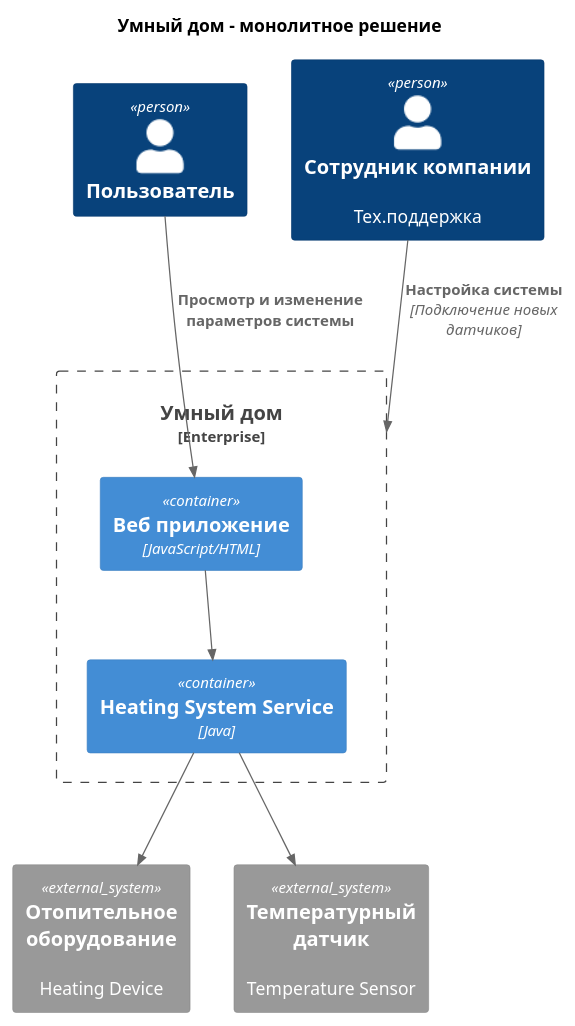
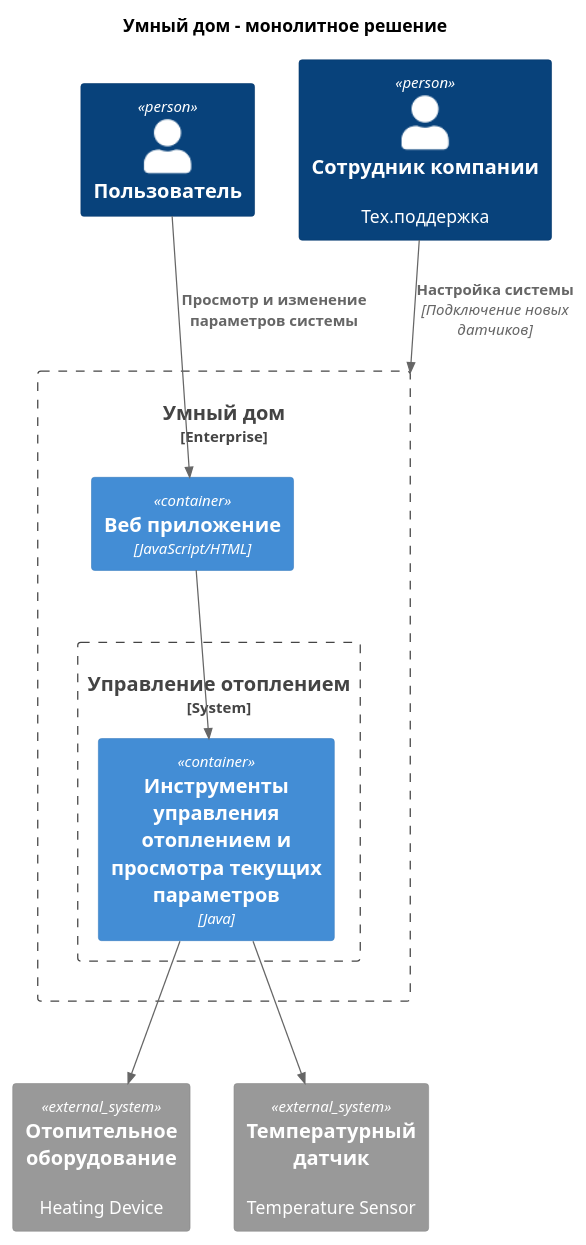
One commit to AKolmakovV/architecture-sprint-3 changed the diagram in documents/task_1/task_1_c4_context.puml. Above: the diagram before and after it, drawn with PlantUML. The commit also changed 4 other files, not shown here.

Commit message:
Задание №2 Диаграммы Контейнеров, Компонентов, Кода

```diff
--- a/documents/task_1/task_1_c4_context.puml
+++ b/documents/task_1/task_1_c4_context.puml
@@ -1,27 +1,29 @@
 @startuml
 title Умный дом - монолитное решение
 
 !include https://raw.githubusercontent.com/plantuml-stdlib/C4-PlantUML/master/C4_Component.puml
 !include https://raw.githubusercontent.com/plantuml-stdlib/C4-PlantUML/master/C4_Context.puml
 
 top to bottom direction
 
 Person(customer, "Пользователь")
 Person(support, "Сотрудник компании", "Тех.поддержка")
 
 Enterprise_Boundary(application, "Умный дом") {
     Container(FrontendContainer, "Веб приложение", "JavaScript/HTML")
-    Container(HeatingSystemServiceContainer, "Heating System Service", "Java")
+    System_Boundary(deviceSystem, "Управление отоплением") {
+        Container(HeatingSystemServiceContainer, "Инструменты управления отоплением и просмотра текущих параметров", "Java")
+    }
 }
 
 System_Ext(heatingDevices, "Отопительное оборудование", "Heating Device")
 System_Ext(heatingSensor, "Температурный датчик", "Temperature Sensor")
 
 Rel(customer, FrontendContainer, "Просмотр и изменение параметров системы")
 Rel(support, application, "Настройка системы", "Подключение новых датчиков")
 Rel(FrontendContainer, HeatingSystemServiceContainer, "")
 
 Rel(HeatingSystemServiceContainer, heatingDevices, "", "")
 Rel(HeatingSystemServiceContainer, heatingSensor, "", "")
 
 @enduml
```
